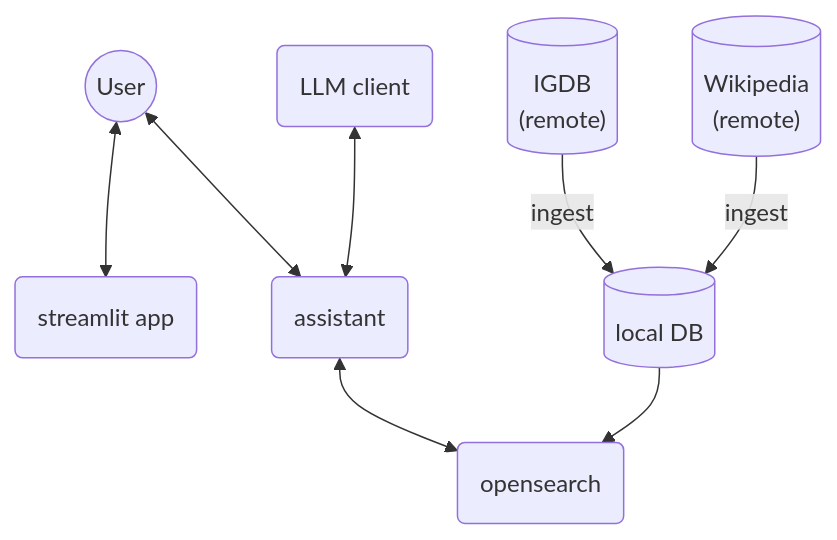
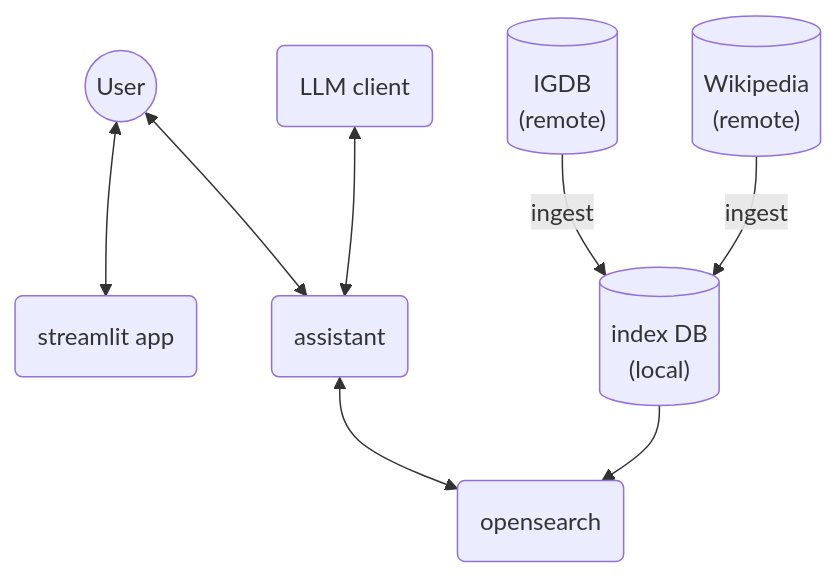
One commit to pedro-cardoso16/video-game-knowledge-assistant changed the first of 5 diagrams in README.md. Above: the diagram before and after it, drawn with Mermaid. The commit also changed other lines of this file and 9 other files, not shown here.

````diff
--- a/README.md
+++ b/README.md
@@ -51,10 +51,10 @@
 ```mermaid
 graph TD
     User <-->  App(streamlit app)
     LLM(LLM client) <--> Assistant
     User((User)) <--> Assistant(assistant)
     Assistant <--> OpenSearch
     B --> OpenSearch(opensearch) 
-    IGDB[("IGDB\n(remote)")] -->|ingest| B[("local DB")]
+    IGDB[("IGDB\n(remote)")] -->|ingest| B[("index DB\n(local)")]
     WIKIPEDIA[("Wikipedia\n(remote)")] -->|ingest| B
 ```
````
